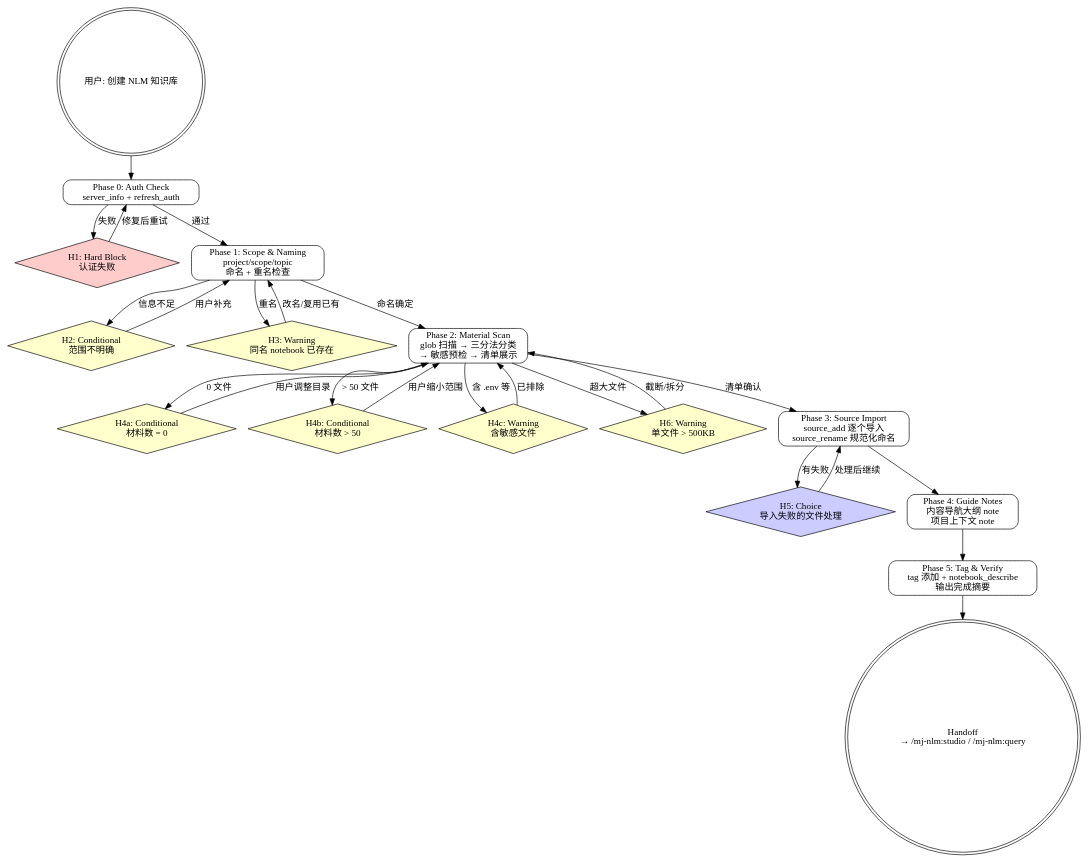
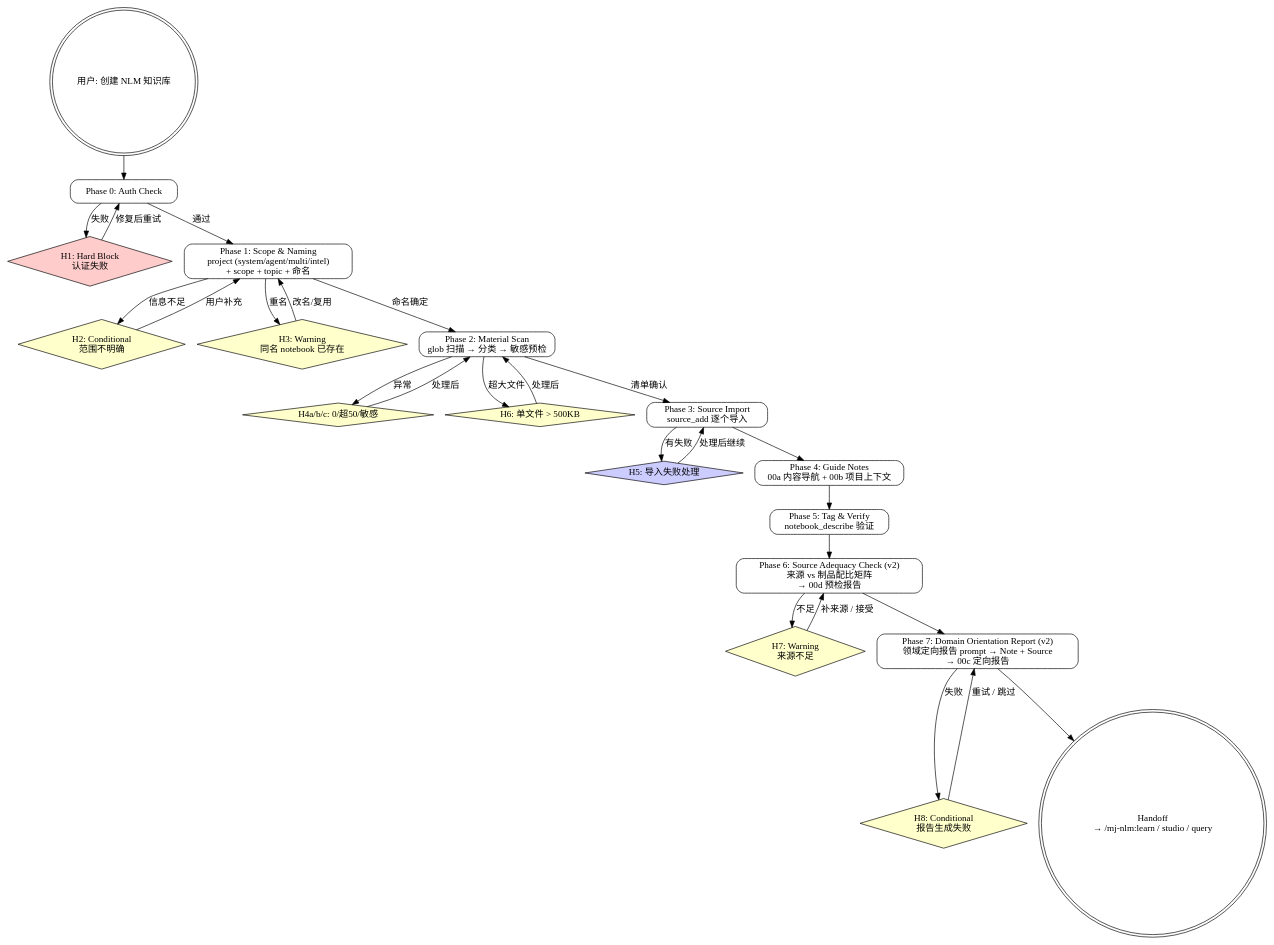
The diagram in plugins/mj-nlm/skills/mj-nlm-build/SKILL.md (ranzuozhou/my-marketplace), drawn with Graphviz before and after one commit. The commit also changed other lines of this file and 18 other files, not shown here.

````diff
--- a/plugins/mj-nlm/skills/mj-nlm-build/SKILL.md
+++ b/plugins/mj-nlm/skills/mj-nlm-build/SKILL.md
@@ -39,57 +52,63 @@
 ```dot
 digraph nlm_build {
     rankdir=TB;
     node [shape=box, style=rounded];
 
     start [label="用户: 创建 NLM 知识库", shape=doublecircle];
 
-    P0 [label="Phase 0: Auth Check\nserver_info + refresh_auth"];
+    P0 [label="Phase 0: Auth Check"];
     H1 [label="H1: Hard Block\n认证失败", shape=diamond, style=filled, fillcolor="#ffcccc"];
 
-    P1 [label="Phase 1: Scope & Naming\nproject/scope/topic\n命名 + 重名检查"];
+    P1 [label="Phase 1: Scope & Naming\nproject (system/agent/multi/intel)\n+ scope + topic + 命名"];
     H2 [label="H2: Conditional\n范围不明确", shape=diamond, style=filled, fillcolor="#ffffcc"];
     H3 [label="H3: Warning\n同名 notebook 已存在", shape=diamond, style=filled, fillcolor="#ffffcc"];
 
-    P2 [label="Phase 2: Material Scan\nglob 扫描 → 三分法分类\n→ 敏感预检 → 清单展示"];
-    H4a [label="H4a: Conditional\n材料数 = 0", shape=diamond, style=filled, fillcolor="#ffffcc"];
-    H4b [label="H4b: Conditional\n材料数 > 50", shape=diamond, style=filled, fillcolor="#ffffcc"];
-    H4c [label="H4c: Warning\n含敏感文件", shape=diamond, style=filled, fillcolor="#ffffcc"];
-    H6 [label="H6: Warning\n单文件 > 500KB", shape=diamond, style=filled, fillcolor="#ffffcc"];
+    P2 [label="Phase 2: Material Scan\nglob 扫描 → 分类 → 敏感预检"];
+    H4abc [label="H4a/b/c: 0/超50/敏感", shape=diamond, style=filled, fillcolor="#ffffcc"];
+    H6 [label="H6: 单文件 > 500KB", shape=diamond, style=filled, fillcolor="#ffffcc"];
 
-    P3 [label="Phase 3: Source Import\nsource_add 逐个导入\nsource_rename 规范化命名"];
-    H5 [label="H5: Choice\n导入失败的文件处理", shape=diamond, style=filled, fillcolor="#ccccff"];
+    P3 [label="Phase 3: Source Import\nsource_add 逐个导入"];
+    H5 [label="H5: 导入失败处理", shape=diamond, style=filled, fillcolor="#ccccff"];
 
-    P4 [label="Phase 4: Guide Notes\n内容导航大纲 note\n项目上下文 note"];
+    P4 [label="Phase 4: Guide Notes\n00a 内容导航 + 00b 项目上下文"];
 
-    P5 [label="Phase 5: Tag & Verify\ntag 添加 + notebook_describe\n输出完成摘要"];
+    P5 [label="Phase 5: Tag & Verify\nnotebook_describe 验证"];
 
-    DONE [label="Handoff\n→ /mj-nlm:studio / /mj-nlm:query", shape=doublecircle];
+    P6 [label="Phase 6: Source Adequacy Check (v2)\n来源 vs 制品配比矩阵\n→ 00d 预检报告"];
+    H7 [label="H7: Warning\n来源不足", shape=diamond, style=filled, fillcolor="#ffffcc"];
+
+    P7 [label="Phase 7: Domain Orientation Report (v2)\n领域定向报告 prompt → Note + Source\n→ 00c 定向报告"];
+    H8 [label="H8: Conditional\n报告生成失败", shape=diamond, style=filled, fillcolor="#ffffcc"];
+
+    DONE [label="Handoff\n→ /mj-nlm:learn / studio / query", shape=doublecircle];
 
     start -> P0;
     P0 -> H1 [label="失败"];
     H1 -> P0 [label="修复后重试"];
     P0 -> P1 [label="通过"];
 
     P1 -> H2 [label="信息不足"];
     H2 -> P1 [label="用户补充"];
     P1 -> H3 [label="重名"];
-    H3 -> P1 [label="改名/复用已有"];
+    H3 -> P1 [label="改名/复用"];
     P1 -> P2 [label="命名确定"];
 
-    P2 -> H4a [label="0 文件"];
-    P2 -> H4b [label="> 50 文件"];
-    P2 -> H4c [label="含 .env 等"];
+    P2 -> H4abc [label="异常"];
     P2 -> H6 [label="超大文件"];
-    H4a -> P2 [label="用户调整目录"];
-    H4b -> P2 [label="用户缩小范围"];
-    H4c -> P2 [label="已排除"];
-    H6 -> P2 [label="截断/拆分"];
+    H4abc -> P2 [label="处理后"];
+    H6 -> P2 [label="处理后"];
     P2 -> P3 [label="清单确认"];
 
     P3 -> H5 [label="有失败"];
     H5 -> P3 [label="处理后继续"];
     P3 -> P4;
     P4 -> P5;
-    P5 -> DONE;
+    P5 -> P6;
+    P6 -> H7 [label="不足"];
+    H7 -> P6 [label="补来源 / 接受"];
+    P6 -> P7;
+    P7 -> H8 [label="失败"];
+    H8 -> P7 [label="重试 / 跳过"];
+    P7 -> DONE;
 }
 ```
````
